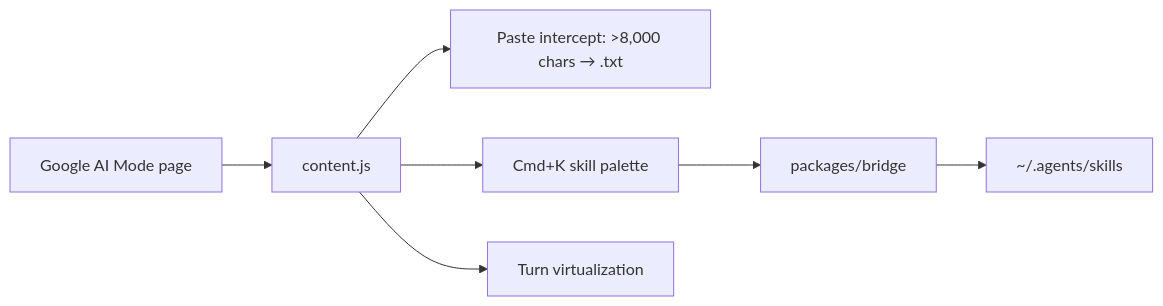
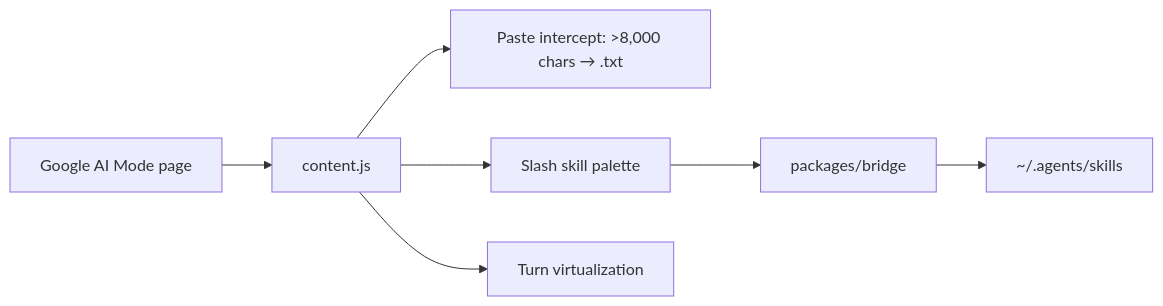
The diagram in README.md (elcoosp/vexel), drawn with Mermaid before and after one commit. The commit also changed other lines of this file, not shown here.

Commit message:
chore: fix slash readme

````diff
--- a/README.md
+++ b/README.md
@@ -85,9 +85,9 @@
 ```mermaid
 flowchart LR
   A[Google AI Mode page] --> B[content.js]
   B --> C[Paste intercept: >8,000 chars → .txt]
-  B --> D[Cmd+K skill palette]
+  B --> D[Slash skill palette]
   B --> E[Turn virtualization]
   D --> F[packages/bridge]
   F --> G[~/.agents/skills]
 ```
````
